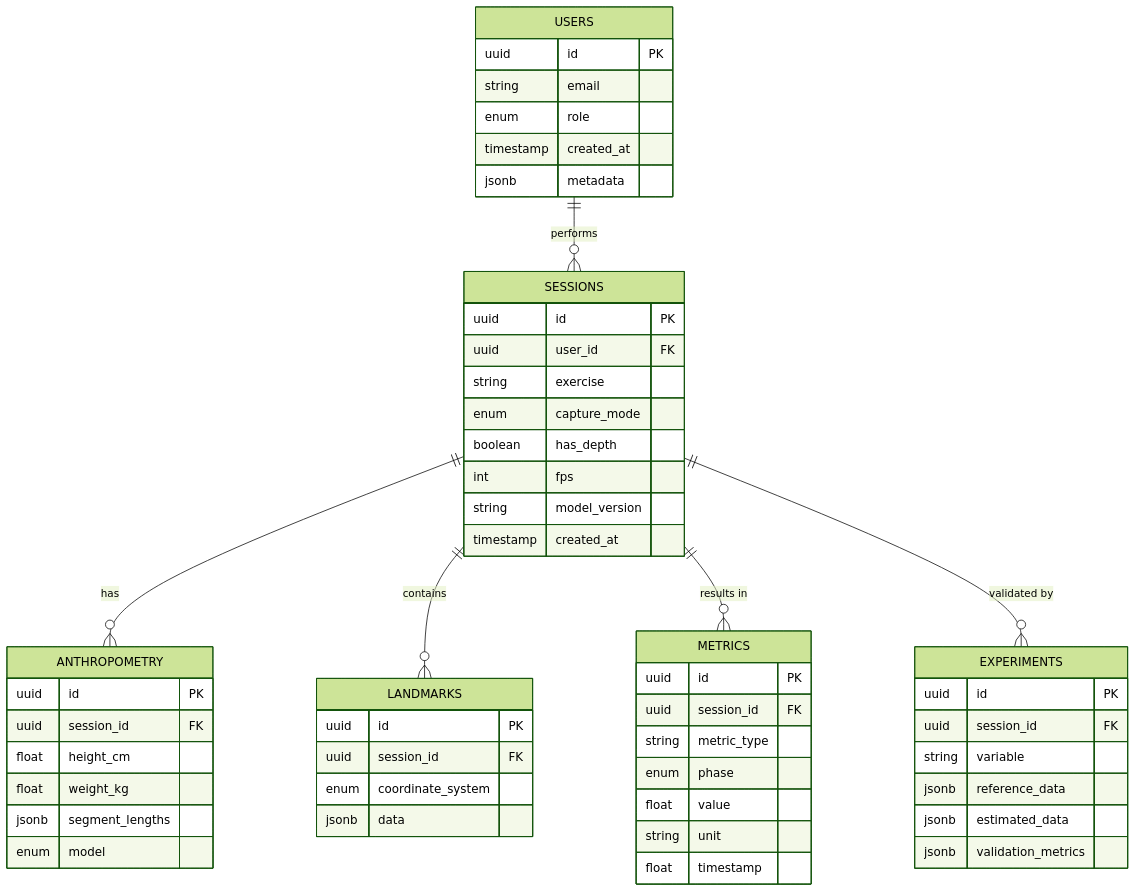
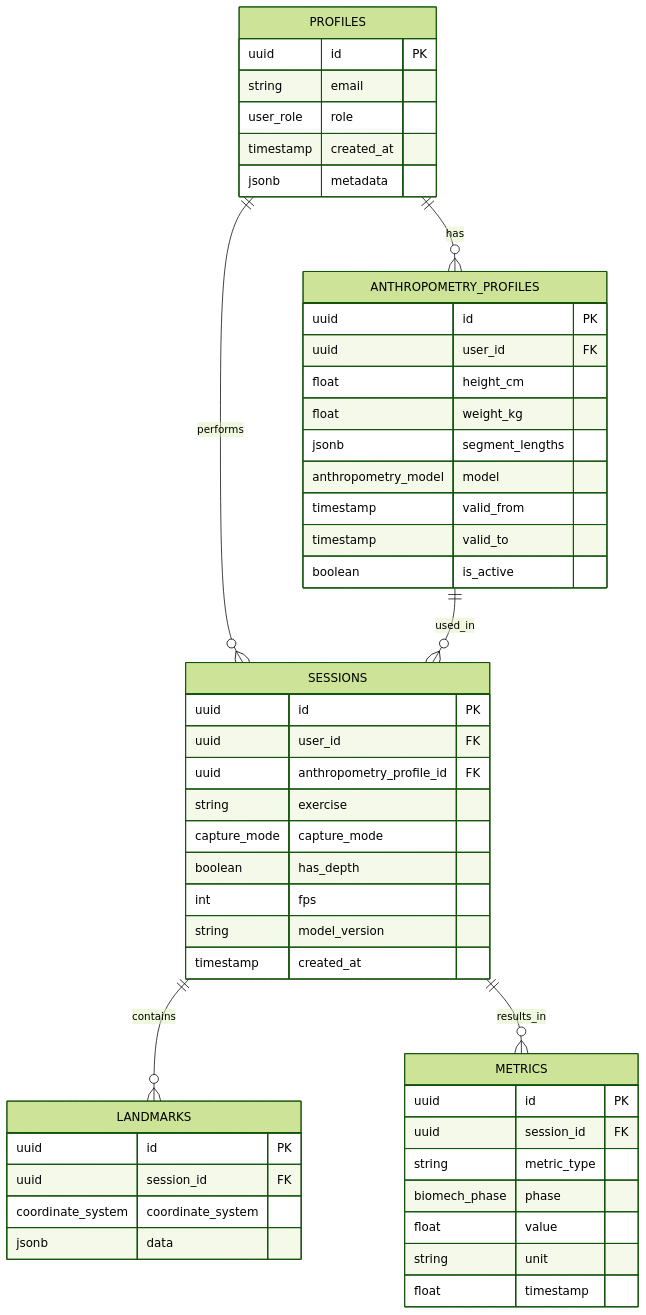
One commit to jc-bioeng/LiftSense changed the diagram in docs/diagrams/database_er.md. Above: the diagram before and after it, drawn with Mermaid (forest theme). The commit also changed 2 other files, not shown here.

Commit message:
feat(db): implement refined schema with RLS and triggers

````diff
--- a/docs/diagrams/database_er.md
+++ b/docs/diagrams/database_er.md
@@ -5,61 +5,59 @@
 ```mermaid
 erDiagram
-    USERS ||--o{ SESSIONS : "performs"
-    USERS {
+    PROFILES ||--o{ SESSIONS : performs
+    PROFILES ||--o{ ANTHROPOMETRY_PROFILES : has
+
+    PROFILES {
         uuid id PK
         string email
-        enum role
+        user_role role
         timestamp created_at
         jsonb metadata
     }
 
-    SESSIONS ||--o{ ANTHROPOMETRY : "has"
-    SESSIONS ||--o{ LANDMARKS : "contains"
-    SESSIONS ||--o{ METRICS : "results in"
-    SESSIONS ||--o{ EXPERIMENTS : "validated by"
+    ANTHROPOMETRY_PROFILES ||--o{ SESSIONS : used_in
+
+    ANTHROPOMETRY_PROFILES {
+        uuid id PK
+        uuid user_id FK
+        float height_cm
+        float weight_kg
+        jsonb segment_lengths
+        anthropometry_model model
+        timestamp valid_from
+        timestamp valid_to
+        boolean is_active
+    }
+
+    SESSIONS ||--o{ LANDMARKS : contains
+    SESSIONS ||--o{ METRICS : results_in
+
     SESSIONS {
         uuid id PK
         uuid user_id FK
+        uuid anthropometry_profile_id FK
         string exercise
-        enum capture_mode
+        capture_mode capture_mode
         boolean has_depth
         int fps
         string model_version
         timestamp created_at
     }
 
-    ANTHROPOMETRY {
-        uuid id PK
-        uuid session_id FK
-        float height_cm
-        float weight_kg
-        jsonb segment_lengths
-        enum model
-    }
-
     LANDMARKS {
         uuid id PK
         uuid session_id FK
-        enum coordinate_system
+        coordinate_system coordinate_system
         jsonb data
     }
 
     METRICS {
         uuid id PK
         uuid session_id FK
         string metric_type
-        enum phase
+        biomech_phase phase
         float value
         string unit
         float timestamp
     }
-
-    EXPERIMENTS {
-        uuid id PK
-        uuid session_id FK
-        string variable
-        jsonb reference_data
-        jsonb estimated_data
-        jsonb validation_metrics
-    }
 ```
````
